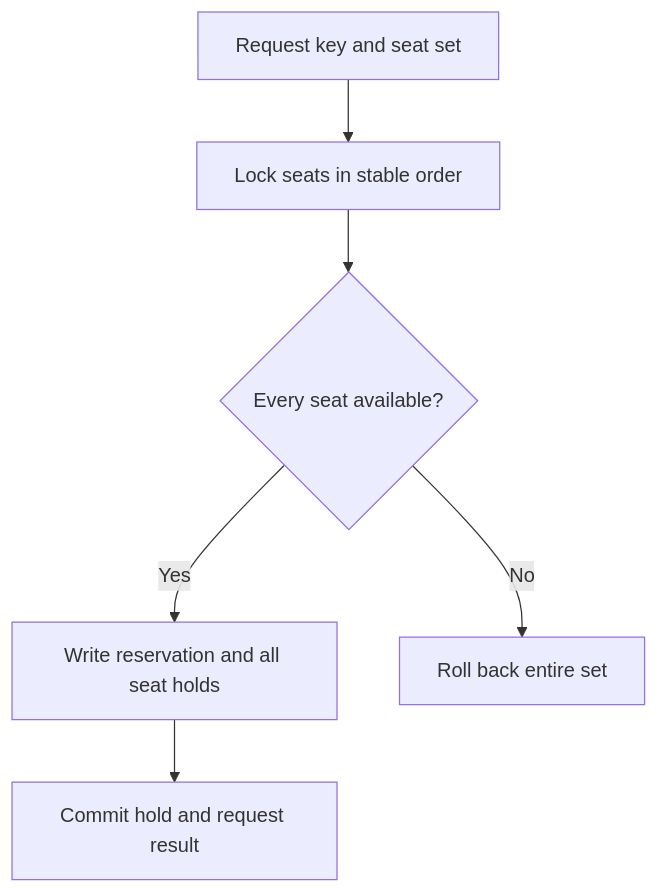
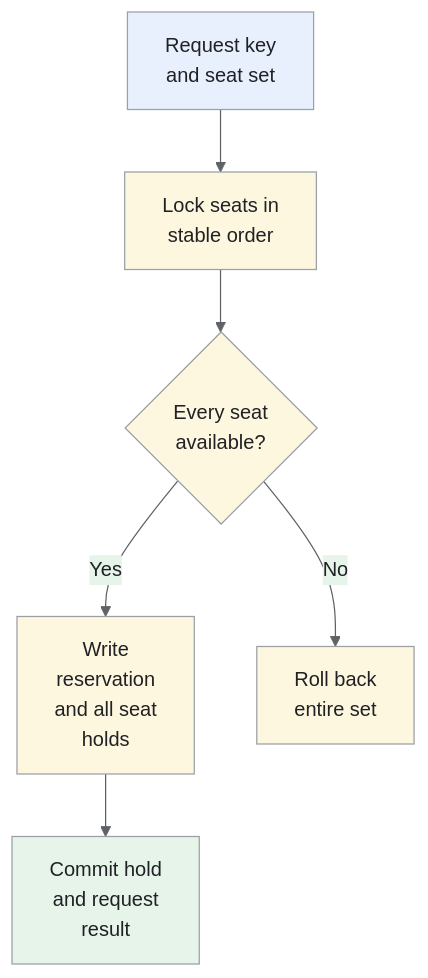
One commit to iliazlobin/iliazlobin.github.io changed the fourth of 5 diagrams in _designs/system-design-ticketmaster.md. Above: the diagram before and after it, drawn with Mermaid. The commit also changed other lines of this file and 131 other files, not shown here.

````diff
--- a/_designs/system-design-ticketmaster.md
+++ b/_designs/system-design-ticketmaster.md
@@ -240,8 +344,16 @@
 ```mermaid
+%%{init: {"theme":"base","themeVariables":{"primaryColor":"#e8f0fe","primaryBorderColor":"#9aa0a6","primaryTextColor":"#202124","secondaryColor":"#e6f4ea","tertiaryColor":"#fef7e0","lineColor":"#5f6368","actorBkg":"#e8f0fe","actorBorder":"#9aa0a6","actorTextColor":"#202124","noteBkgColor":"#fef7e0","noteBorderColor":"#9aa0a6","noteTextColor":"#202124","signalColor":"#5f6368","signalTextColor":"#202124"}}}%%
 flowchart TB
-  R["Request key and seat set"] --> L["Lock seats in stable order"]
-  L --> C{"Every seat available?"}
-  C -->|"Yes"| H["Write reservation and all seat holds"]
-  H --> O["Commit hold and request result"]
-  C -->|"No"| F["Roll back entire set"]
+  R["Request key<br>and seat set"] --> L["Lock seats in<br>stable order"]
+  L --> C{"Every seat<br>available?"}
+  C -->|"Yes"| H["Write<br>reservation<br>and all seat<br>holds"]
+  H --> O["Commit hold<br>and request<br>result"]
+  C -->|"No"| F["Roll back<br>entire set"]
+classDef request fill:#e8f0fe,stroke:#9aa0a6,color:#202124;
+classDef data fill:#e6f4ea,stroke:#9aa0a6,color:#202124;
+classDef control fill:#fef7e0,stroke:#9aa0a6,color:#202124;
+class R request;
+class O data;
+class L,C,H,F control;
+
 ```
````
